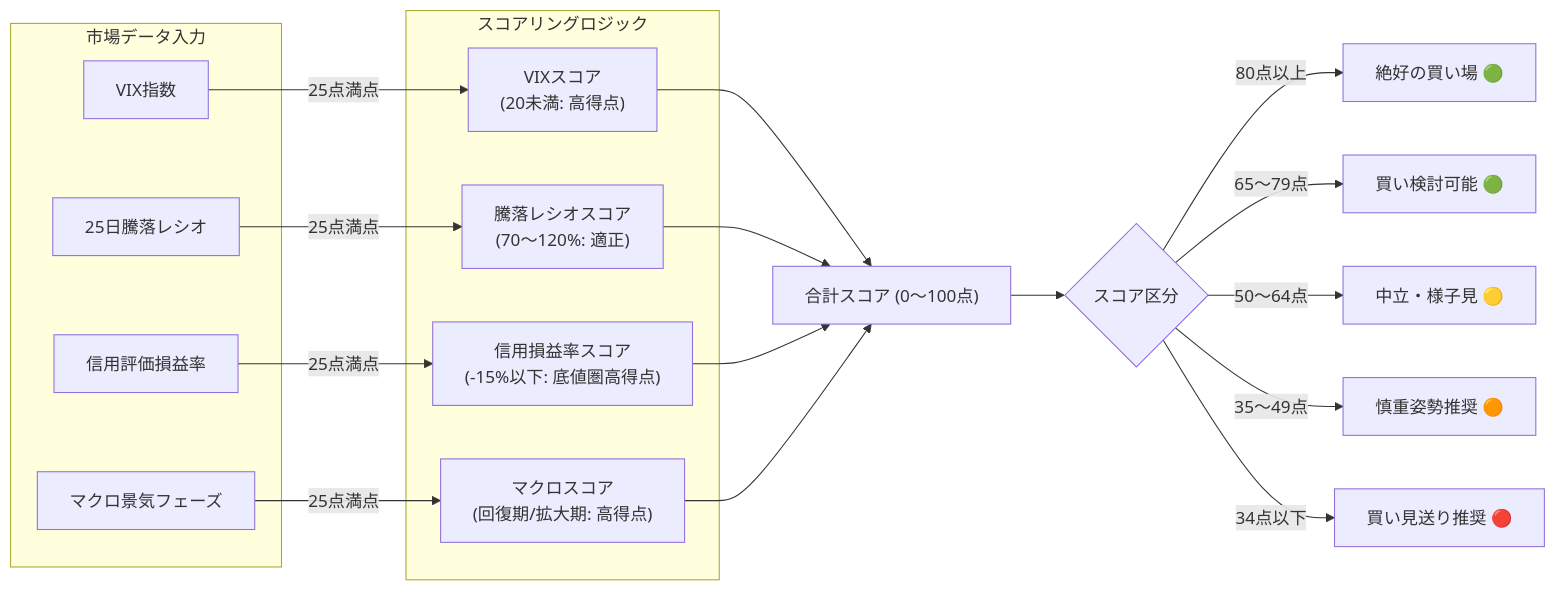
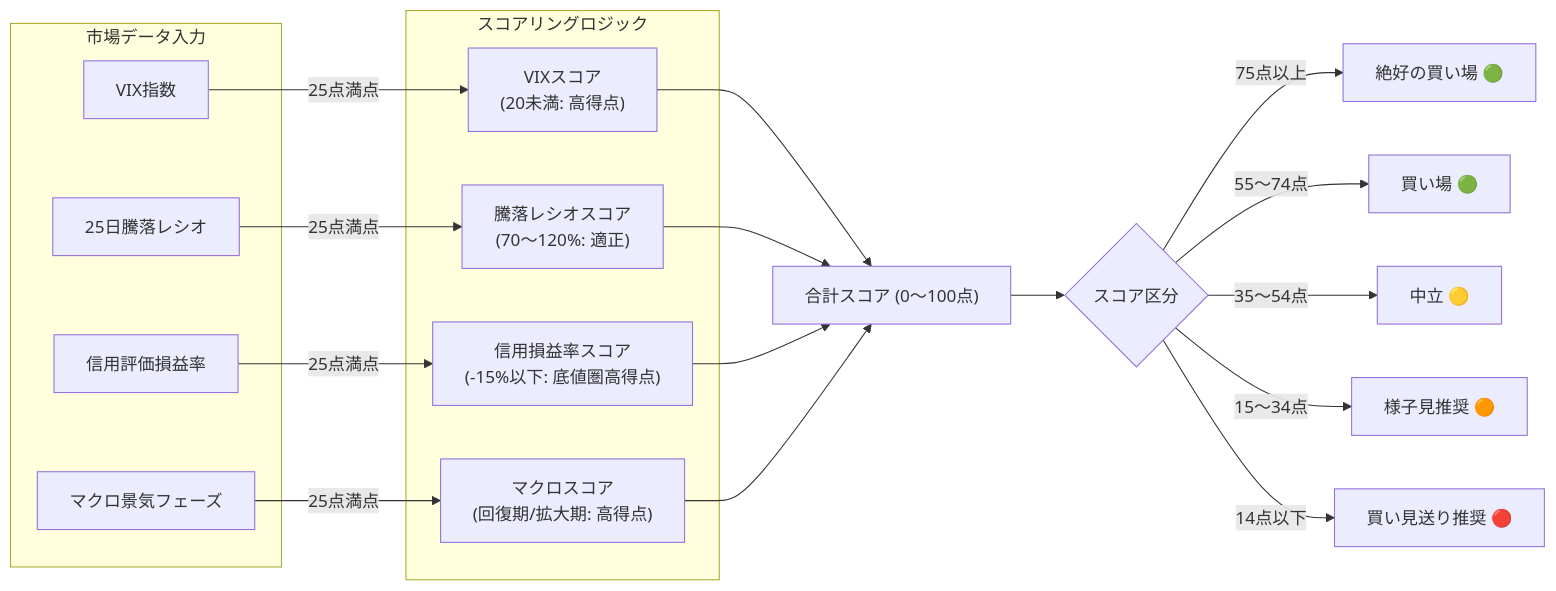
One commit to baann1000p-debug/stock-trading-support-tool-design-external changed the fourth of 8 diagrams in docs/external/00_system_overview.md. Above: the diagram before and after it, drawn with Mermaid. The commit also changed other lines of this file and 1 other file, not shown here.

````diff
--- a/docs/external/00_system_overview.md
+++ b/docs/external/00_system_overview.md
@@ -214,25 +214,25 @@
 ```mermaid
 flowchart LR
     subgraph InputIndicators ["市場データ入力"]
         VIX["VIX指数"]
         TR["25日騰落レシオ"]
         CR["信用評価損益率"]
         MacroP["マクロ景気フェーズ"]
     end
 
     subgraph ScoringEngine ["スコアリングロジック"]
         VIX -->|"25点満点"| S1["VIXスコア<br/>(20未満: 高得点)"]
         TR -->|"25点満点"| S2["騰落レシオスコア<br/>(70〜120%: 適正)"]
         CR -->|"25点満点"| S3["信用損益率スコア<br/>(-15%以下: 底値圏高得点)"]
         MacroP -->|"25点満点"| S4["マクロスコア<br/>(回復期/拡大期: 高得点)"]
     end
 
     S1 & S2 & S3 & S4 --> Sum["合計スコア (0〜100点)"]
 
     Sum --> ScoreEval{"スコア区分"}
-    ScoreEval -->|"80点以上"| R1["絶好の買い場 🟢"]
-    ScoreEval -->|"65〜79点"| R2["買い検討可能 🟢"]
-    ScoreEval -->|"50〜64点"| R3["中立・様子見 🟡"]
-    ScoreEval -->|"35〜49点"| R4["慎重姿勢推奨 🟠"]
-    ScoreEval -->|"34点以下"| R5["買い見送り推奨 🔴"]
+    ScoreEval -->|"75点以上"| R1["絶好の買い場 🟢"]
+    ScoreEval -->|"55〜74点"| R2["買い場 🟢"]
+    ScoreEval -->|"35〜54点"| R3["中立 🟡"]
+    ScoreEval -->|"15〜34点"| R4["様子見推奨 🟠"]
+    ScoreEval -->|"14点以下"| R5["買い見送り推奨 🔴"]
 ```
````
